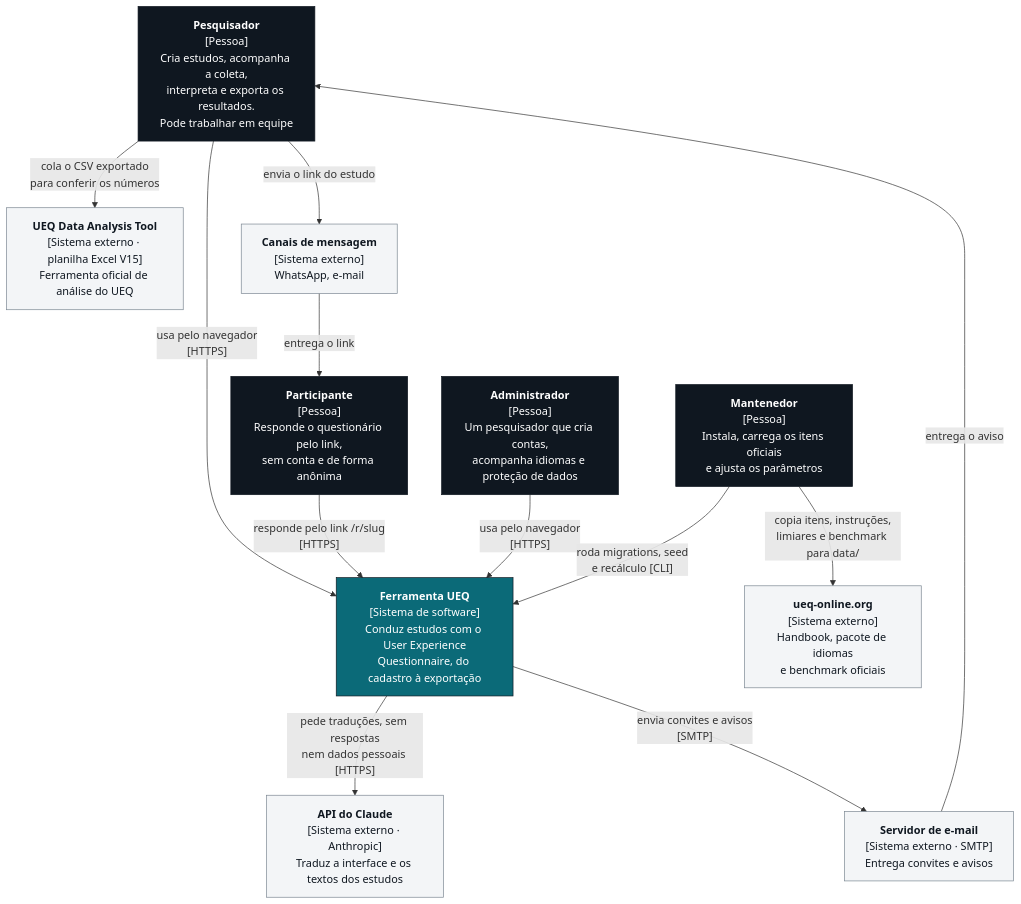
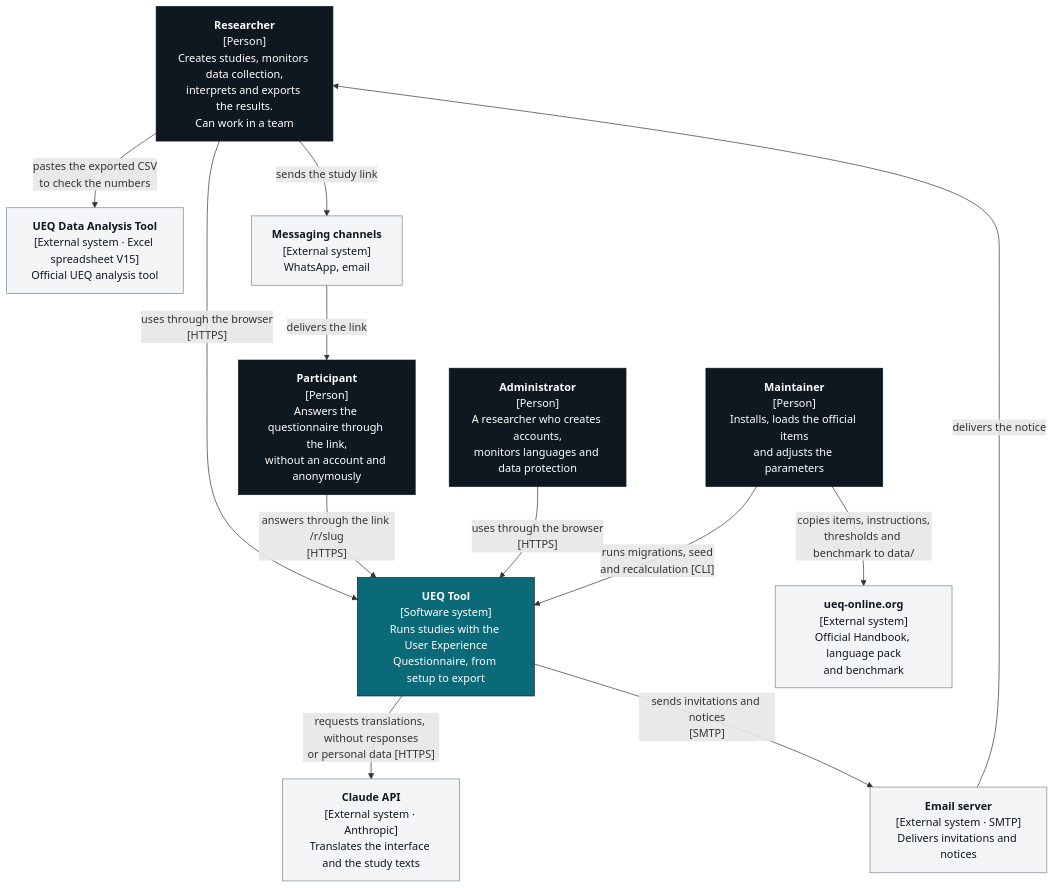
One commit to gabrielfjm/ueq_form_ihc changed the diagram in docs/documentacao/fontes/arquitetura-1.mmd. Above: the diagram before and after it, drawn with Mermaid. The commit also changed 151 other files, not shown here.

First line of the commit message:
mostra a documentação no idioma da interface, com os diagramas em inglês

```diff
--- a/docs/documentacao/fontes/arquitetura-1.mmd
+++ b/docs/documentacao/fontes/arquitetura-1.mmd
@@ -1,32 +1,32 @@
 flowchart TB
-    pesquisador["<b>Pesquisador</b><br/>[Pessoa]<br/>Cria estudos, acompanha a coleta,<br/>interpreta e exporta os resultados.<br/>Pode trabalhar em equipe"]
-    participante["<b>Participante</b><br/>[Pessoa]<br/>Responde o questionário pelo link,<br/>sem conta e de forma anônima"]
-    administrador["<b>Administrador</b><br/>[Pessoa]<br/>Um pesquisador que cria contas,<br/>acompanha idiomas e proteção de dados"]
-    mantenedor["<b>Mantenedor</b><br/>[Pessoa]<br/>Instala, carrega os itens oficiais<br/>e ajusta os parâmetros"]
+    pesquisador["<b>Researcher</b><br/>[Person]<br/>Creates studies, monitors data collection,<br/>interprets and exports the results.<br/>Can work in a team"]
+    participante["<b>Participant</b><br/>[Person]<br/>Answers the questionnaire through the link,<br/>without an account and anonymously"]
+    administrador["<b>Administrator</b><br/>[Person]<br/>A researcher who creates accounts,<br/>monitors languages and data protection"]
+    mantenedor["<b>Maintainer</b><br/>[Person]<br/>Installs, loads the official items<br/>and adjusts the parameters"]
 
-    ferramenta["<b>Ferramenta UEQ</b><br/>[Sistema de software]<br/>Conduz estudos com o User Experience<br/>Questionnaire, do cadastro à exportação"]
+    ferramenta["<b>UEQ Tool</b><br/>[Software system]<br/>Runs studies with the User Experience<br/>Questionnaire, from setup to export"]
 
-    claude["<b>API do Claude</b><br/>[Sistema externo · Anthropic]<br/>Traduz a interface e os textos dos estudos"]
-    smtp["<b>Servidor de e-mail</b><br/>[Sistema externo · SMTP]<br/>Entrega convites e avisos"]
-    planilha["<b>UEQ Data Analysis Tool</b><br/>[Sistema externo · planilha Excel V15]<br/>Ferramenta oficial de análise do UEQ"]
-    ueqonline["<b>ueq-online.org</b><br/>[Sistema externo]<br/>Handbook, pacote de idiomas<br/>e benchmark oficiais"]
-    canais["<b>Canais de mensagem</b><br/>[Sistema externo]<br/>WhatsApp, e-mail"]
+    claude["<b>Claude API</b><br/>[External system · Anthropic]<br/>Translates the interface and the study texts"]
+    smtp["<b>Email server</b><br/>[External system · SMTP]<br/>Delivers invitations and notices"]
+    planilha["<b>UEQ Data Analysis Tool</b><br/>[External system · Excel spreadsheet V15]<br/>Official UEQ analysis tool"]
+    ueqonline["<b>ueq-online.org</b><br/>[External system]<br/>Official Handbook, language pack<br/>and benchmark"]
+    canais["<b>Messaging channels</b><br/>[External system]<br/>WhatsApp, email"]
 
-    pesquisador -- "usa pelo navegador<br/>[HTTPS]" --> ferramenta
-    participante -- "responde pelo link /r/slug<br/>[HTTPS]" --> ferramenta
-    administrador -- "usa pelo navegador<br/>[HTTPS]" --> ferramenta
-    mantenedor -- "roda migrations, seed<br/>e recálculo [CLI]" --> ferramenta
-    ferramenta -- "pede traduções, sem respostas<br/>nem dados pessoais [HTTPS]" --> claude
-    ferramenta -- "envia convites e avisos<br/>[SMTP]" --> smtp
-    smtp -- "entrega o aviso" --> pesquisador
-    pesquisador -- "envia o link do estudo" --> canais
-    canais -- "entrega o link" --> participante
-    pesquisador -- "cola o CSV exportado<br/>para conferir os números" --> planilha
-    mantenedor -- "copia itens, instruções,<br/>limiares e benchmark para data/" --> ueqonline
+    pesquisador -- "uses through the browser<br/>[HTTPS]" --> ferramenta
+    participante -- "answers through the link /r/slug<br/>[HTTPS]" --> ferramenta
+    administrador -- "uses through the browser<br/>[HTTPS]" --> ferramenta
+    mantenedor -- "runs migrations, seed<br/>and recalculation [CLI]" --> ferramenta
+    ferramenta -- "requests translations, without responses<br/>or personal data [HTTPS]" --> claude
+    ferramenta -- "sends invitations and notices<br/>[SMTP]" --> smtp
+    smtp -- "delivers the notice" --> pesquisador
+    pesquisador -- "sends the study link" --> canais
+    canais -- "delivers the link" --> participante
+    pesquisador -- "pastes the exported CSV<br/>to check the numbers" --> planilha
+    mantenedor -- "copies items, instructions,<br/>thresholds and benchmark to data/" --> ueqonline
 
     classDef pessoa fill:#0F1720,stroke:#0F1720,color:#FFFFFF
     classDef sistema fill:#0B6A78,stroke:#0F1720,color:#FFFFFF
     classDef externo fill:#F3F5F7,stroke:#7A8691,color:#0F1720
     class pesquisador,participante,administrador,mantenedor pessoa
     class ferramenta sistema
     class claude,smtp,planilha,ueqonline,canais externo
```
